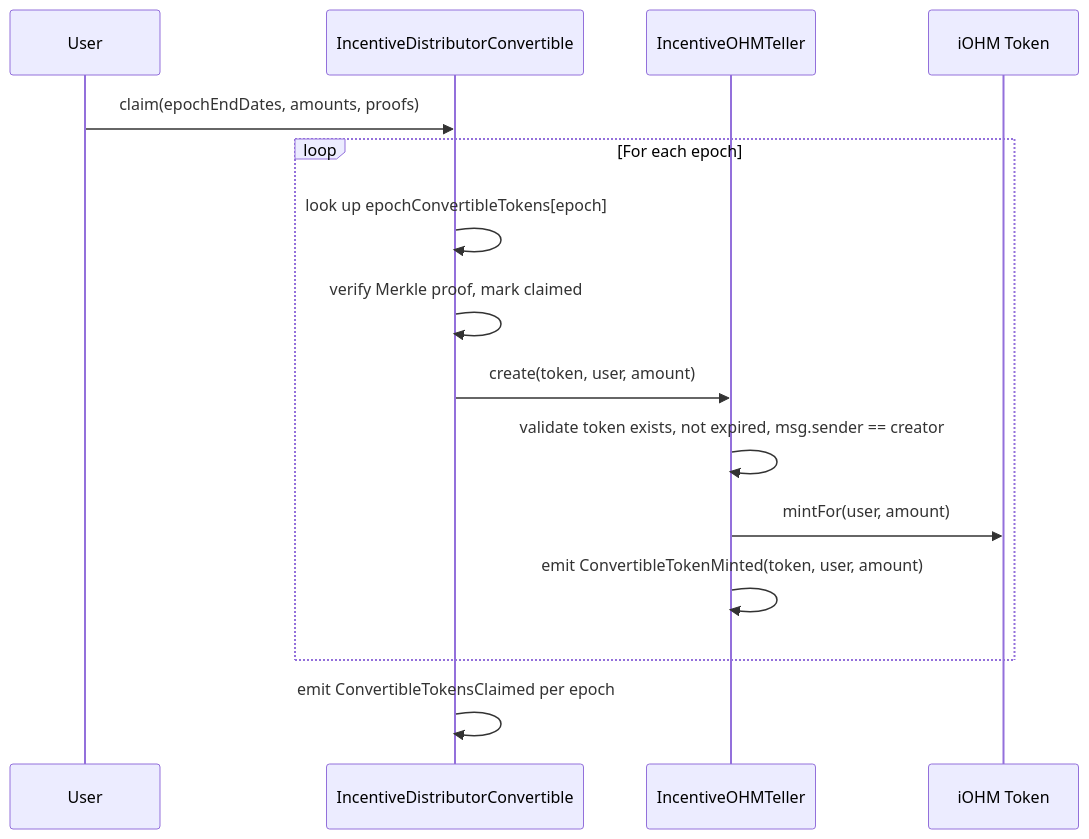
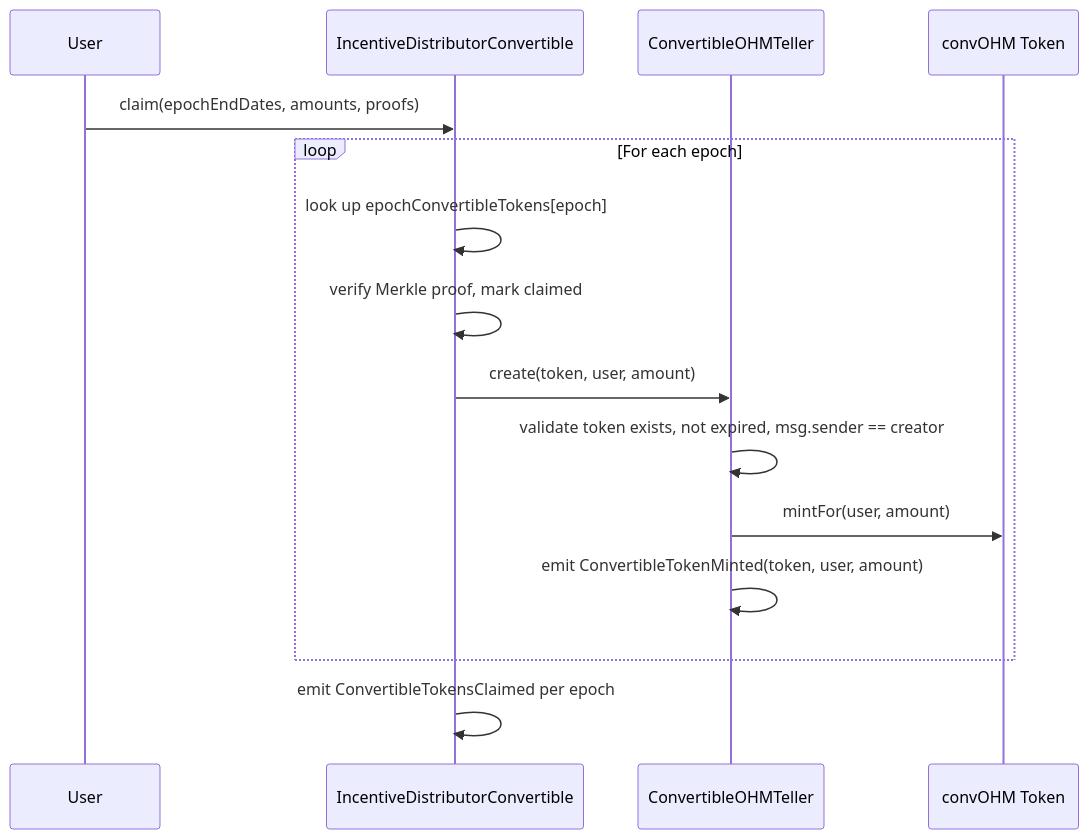
One commit to OlympusDAO/olympus-v3 changed the third of 6 diagrams in audit/2026-03_incentives/README.md. Above: the diagram before and after it, drawn with Mermaid. The commit also changed other lines of this file and 20 other files, not shown here.

Commit message:
refactor: rename `IncentiveOHM` to `ConvertibleOHM` across files, contracts, and docs

````diff
--- a/audit/2026-03_incentives/README.md
+++ b/audit/2026-03_incentives/README.md
@@ -224,18 +224,18 @@
 ```mermaid
 sequenceDiagram
     participant User
     participant DistConv as IncentiveDistributorConvertible
-    participant Teller as IncentiveOHMTeller
-    participant ConvToken as iOHM Token
+    participant Teller as ConvertibleOHMTeller
+    participant ConvToken as convOHM Token
 
     User->>DistConv: claim(epochEndDates, amounts, proofs)
     loop For each epoch
         DistConv->>DistConv: look up epochConvertibleTokens[epoch]
         DistConv->>DistConv: verify Merkle proof, mark claimed
         DistConv->>Teller: create(token, user, amount)
         Teller->>Teller: validate token exists, not expired, msg.sender == creator
         Teller->>ConvToken: mintFor(user, amount)
         Teller->>Teller: emit ConvertibleTokenMinted(token, user, amount)
     end
     DistConv->>DistConv: emit ConvertibleTokensClaimed per epoch
 ```
````
